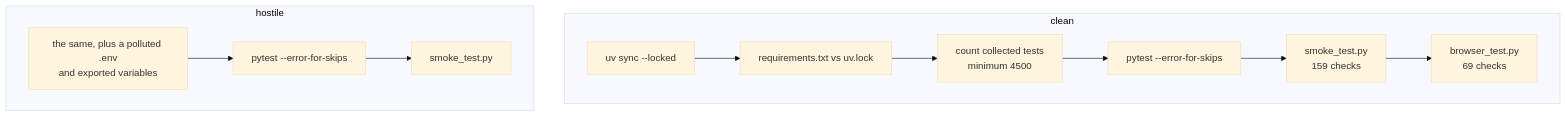
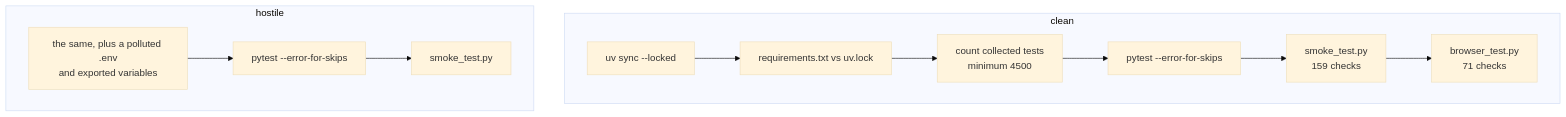
The diagram in docs/testing.md (IAMN1/link-shortener), drawn with Mermaid (base theme) before and after one commit. The commit also changed other lines of this file and 18 other files, not shown here.

````diff
--- a/docs/testing.md
+++ b/docs/testing.md
@@ -496,12 +496,12 @@
 ```mermaid
 flowchart TD
     subgraph clean["clean"]
         C1[uv sync --locked] --> C2[requirements.txt vs uv.lock]
         C2 --> C3[count collected tests<br/>minimum 4500] --> C4[pytest --error-for-skips]
-        C4 --> C5[smoke_test.py<br/>159 checks] --> C6[browser_test.py<br/>69 checks]
+        C4 --> C5[smoke_test.py<br/>159 checks] --> C6[browser_test.py<br/>71 checks]
     end
     subgraph hostile["hostile"]
         H1[the same, plus a polluted .env<br/>and exported variables] --> H2[pytest --error-for-skips]
         H2 --> H3[smoke_test.py]
     end
 ```
````
